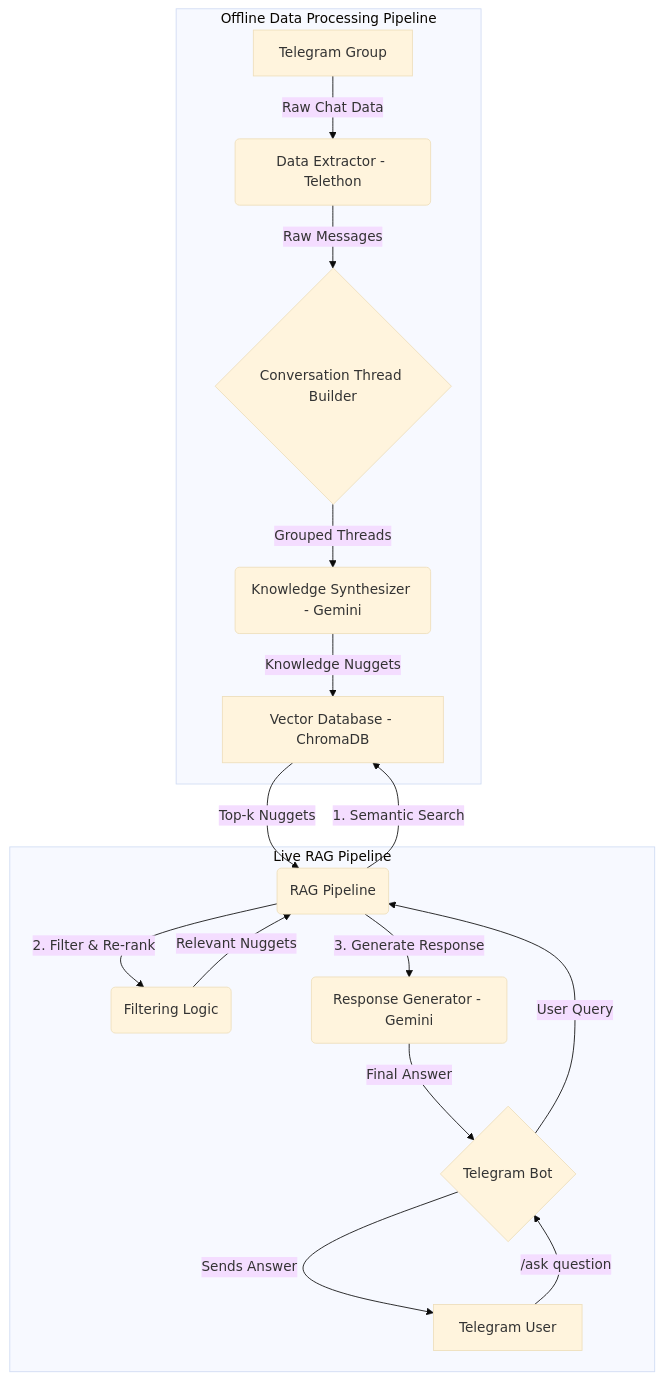
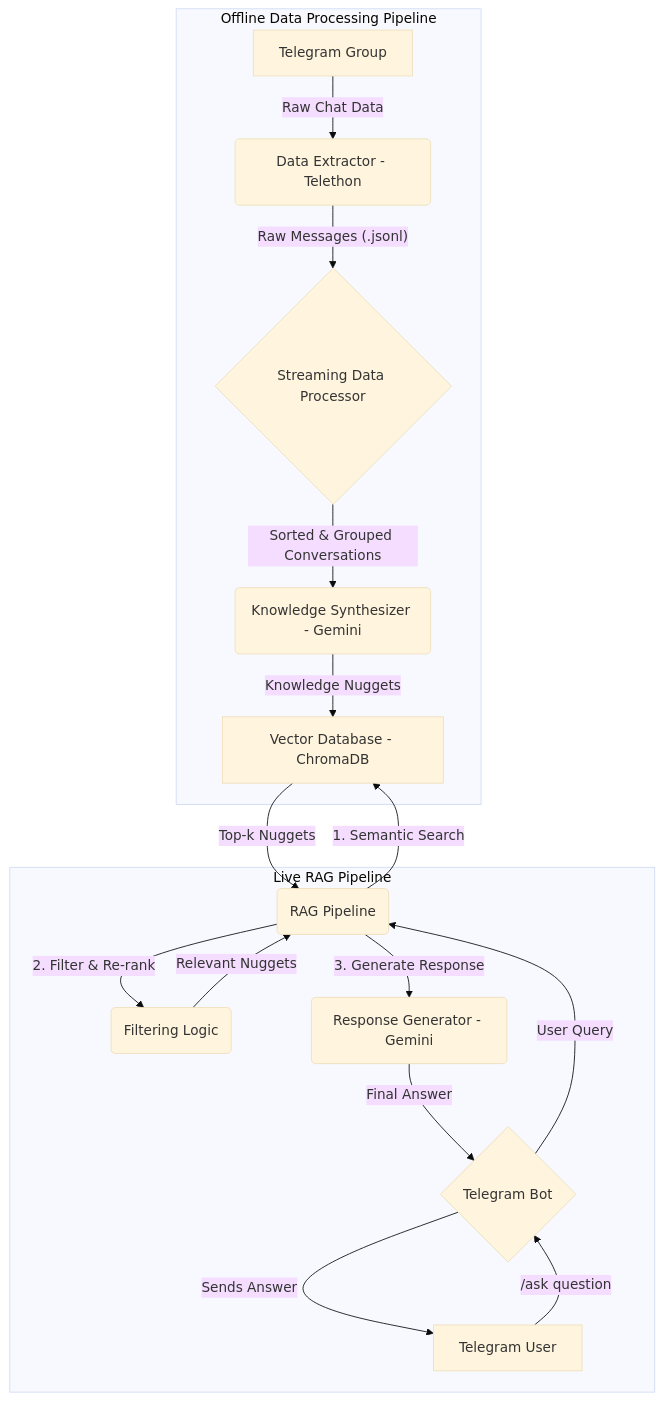
One commit to vjaykrsna/ragbot changed the diagram in docs/workflow_design.md. Above: the diagram before and after it, drawn with Mermaid (base theme). The commit also changed other lines of this file and 4 other files, not shown here.

````diff
--- a/docs/workflow_design.md
+++ b/docs/workflow_design.md
@@ -20,21 +20,21 @@
 ```mermaid
 graph TD
     subgraph "Offline Data Processing Pipeline"
         A[Telegram Group] -- Raw Chat Data --> B(Data Extractor - Telethon);
-        B -- Raw Messages --> C{Conversation Thread Builder};
-        C -- Grouped Threads --> D(Knowledge Synthesizer - Gemini);
+        B -- Raw Messages (.jsonl) --> C{Streaming Data Processor};
+        C -- Sorted & Grouped Conversations --> D(Knowledge Synthesizer - Gemini);
         D -- Knowledge Nuggets --> E[Vector Database - ChromaDB];
     end
 
     subgraph "Live RAG Pipeline"
         F[Telegram User] -- /ask question --> G{Telegram Bot};
         G -- User Query --> H(RAG Pipeline);
         H -- 1. Semantic Search --> E;
         E -- Top-k Nuggets --> H;
         H -- 2. Filter & Re-rank --> I(Filtering Logic);
         I -- Relevant Nuggets --> H;
         H -- 3. Generate Response --> J(Response Generator - Gemini);
         J -- Final Answer --> G;
         G -- Sends Answer --> F;
     end
 ```
````
